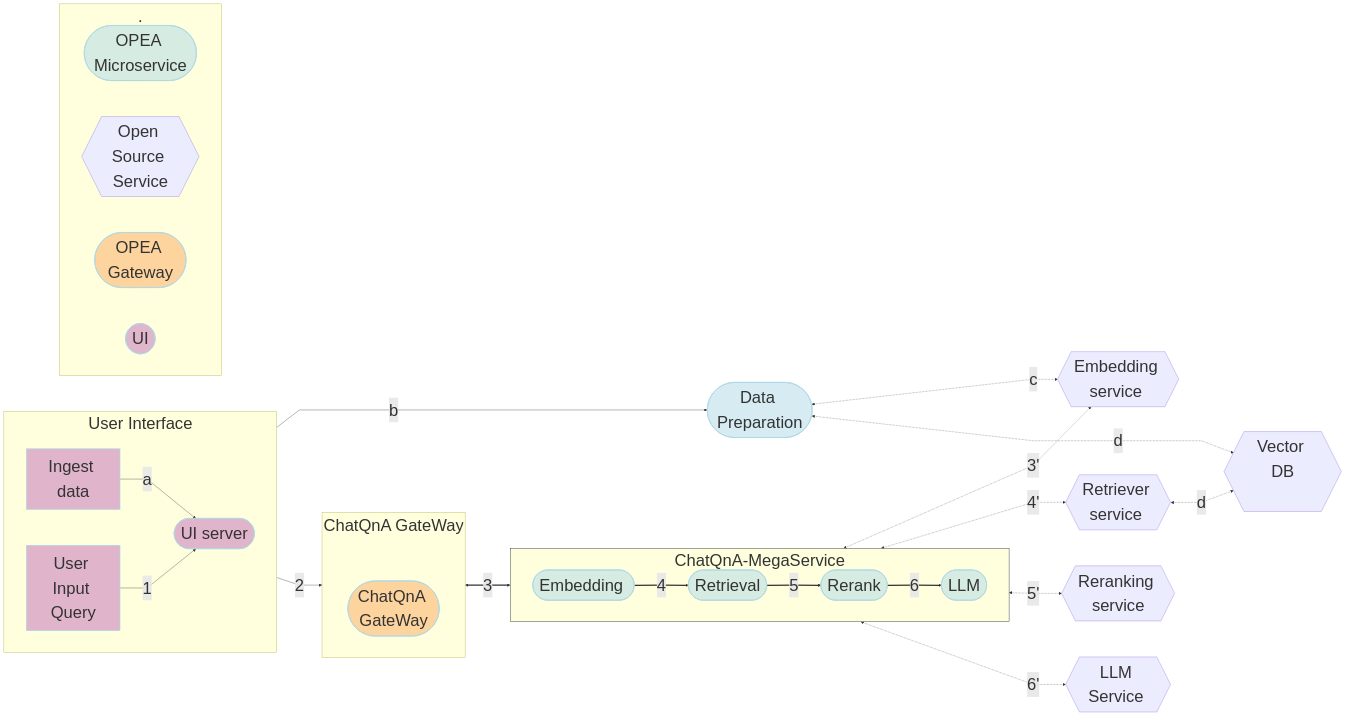
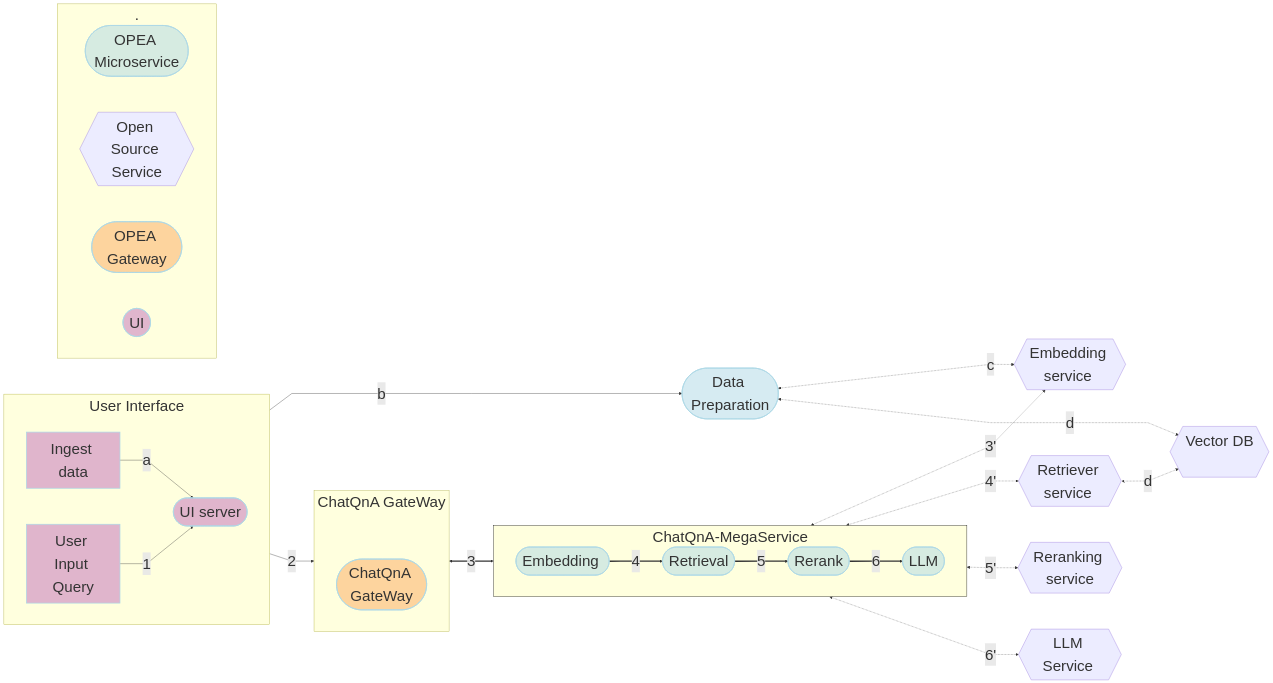
The diagram in ChatQnA/README.md (ctao456/GenAIExamples), drawn with Mermaid before and after one commit.

```diff
--- a/ChatQnA/README.md
+++ b/ChatQnA/README.md
@@ -20,7 +20,7 @@
     curve: linear
     useMaxWidth: true
   themeVariables:
-    fontSize: 46px
+    fontSize: 42px
 ---
 
 flowchart LR
```
